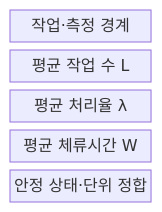
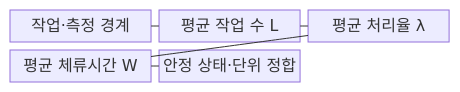
Before and after one commit to agnusdei1207/knowledge-base: the first of 2 diagrams in src/content/docs/notes/06-evaluation/004_littles_law.md, drawn with Mermaid. The commit also changed other lines of this file and 53 other files, not shown here.

````diff
--- a/src/content/docs/notes/06-evaluation/004_littles_law.md
+++ b/src/content/docs/notes/06-evaluation/004_littles_law.md
@@ -50,9 +54,13 @@
 ```mermaid
 block-beta
-  columns 1
+  columns 3
   B["작업·측정 경계"]
   L["평균 작업 수 L"]
   T["평균 처리율 λ"]
   W["평균 체류시간 W"]
   A["안정 상태·단위 정합"]
+  B --- L
+  L --- T
+  T --- W
+  W --- A
 ```
````
